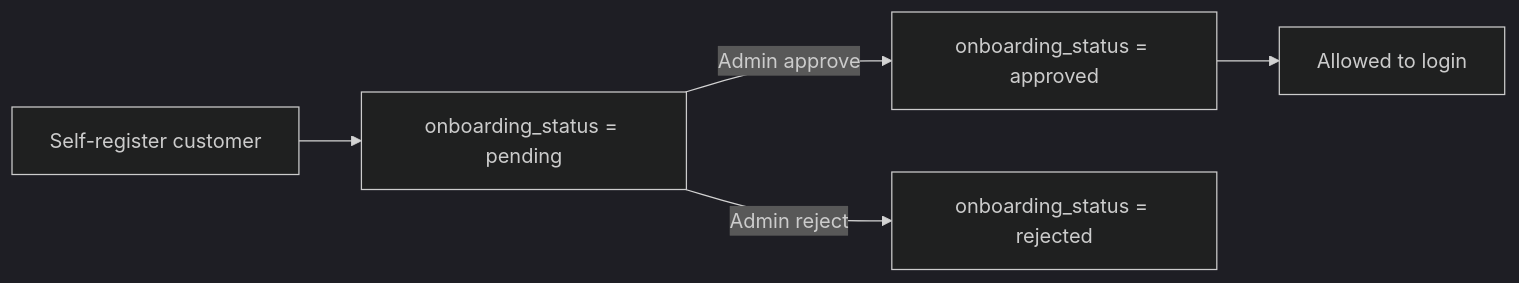
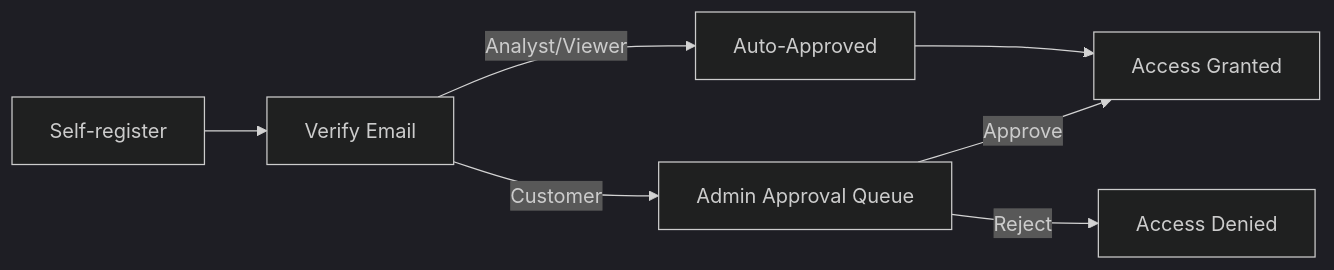
The third of 3 diagrams in docs/RBAC.md (wessamsokar/OT-Security-Project), drawn with Mermaid before and after one commit. The commit also changed other lines of this file and 63 other files, not shown here.

````diff
--- a/docs/RBAC.md
+++ b/docs/RBAC.md
@@ -87,8 +88,10 @@
 ```mermaid
 %%{init: {'theme': 'dark'}}%%
 flowchart LR
-	Register[Self-register customer] --> Pending[onboarding_status = pending]
-	Pending -->|Admin approve| Approved[onboarding_status = approved]
-	Pending -->|Admin reject| Rejected[onboarding_status = rejected]
-	Approved --> Login[Allowed to login]
+	Register[Self-register] --> Verify[Verify Email]
+	Verify -->|Customer| Pending[Admin Approval Queue]
+	Verify -->|Analyst/Viewer| Auto[Auto-Approved]
+	Pending -->|Approve| Approved[Access Granted]
+	Pending -->|Reject| Rejected[Access Denied]
+	Auto --> Approved
 ```
````
